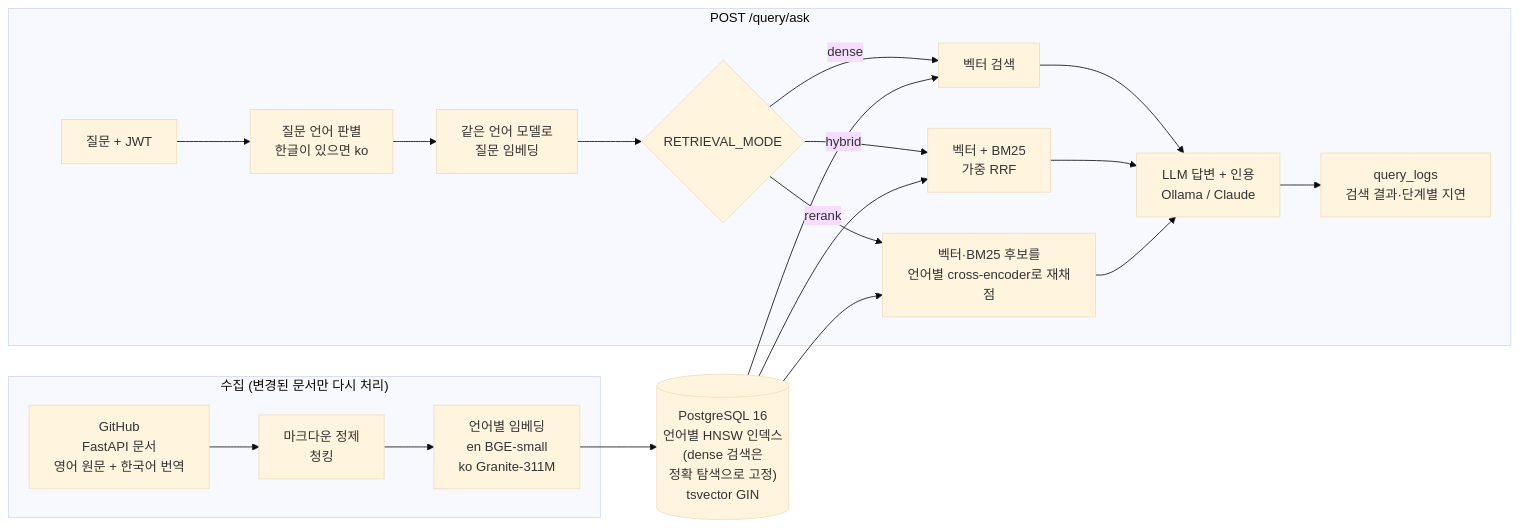
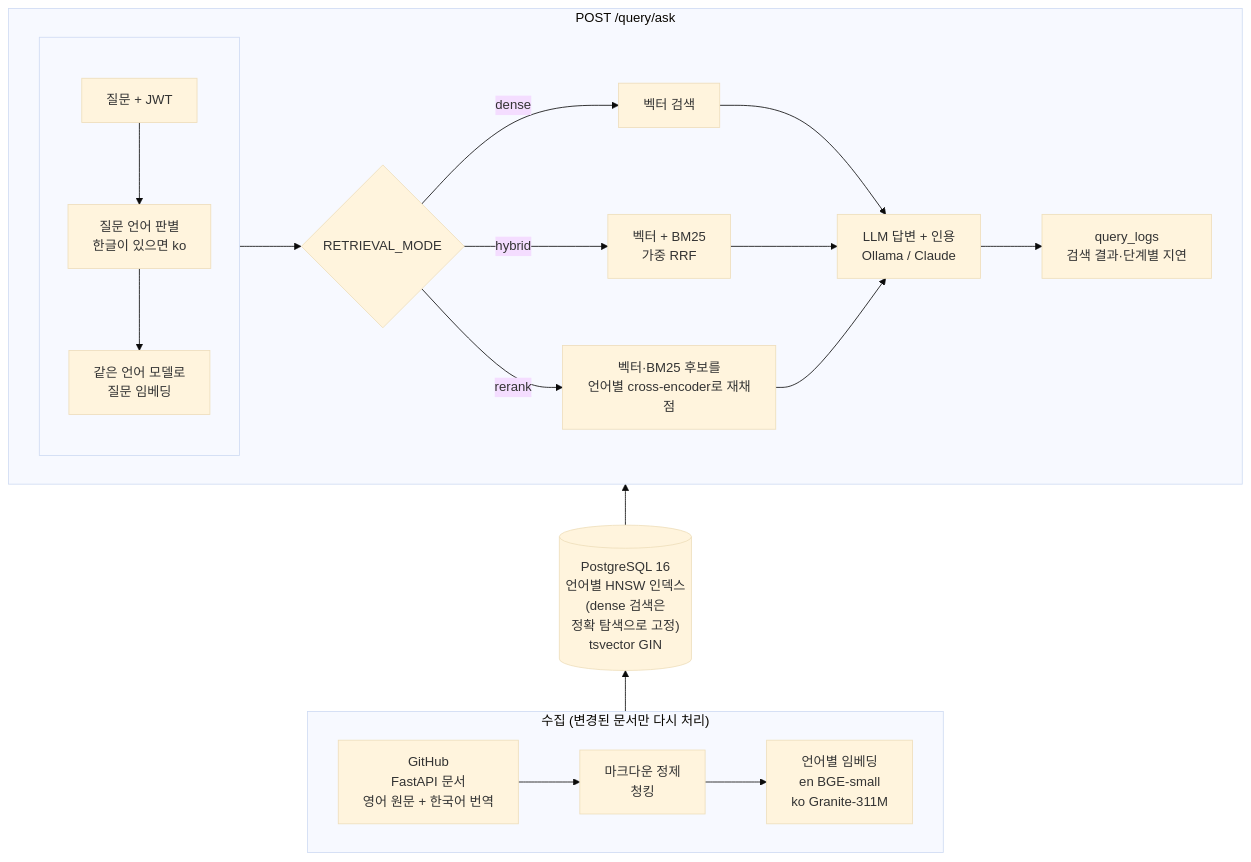
The diagram in README.md (hyeonbin123/rag-doc-qa), drawn with Mermaid (base theme) before and after one commit.

Commit message:
Lay the structure diagram out in two rows so its text is readable and the viewer buttons cover nothing
GitHub draws Mermaid diagrams in its own viewer and scales them to the
README width. The diagram was one row of eleven columns, 2384px wide, so
at 838px its text was drawn at about 5.6px, and the pan and zoom buttons
that the viewer always shows in the bottom-right corner covered the last
two boxes.

The thirteen boxes keep their text. They are arranged in two rows, the
question path above and ingestion below, and the three steps that prepare
a question are stacked in an unnamed inner box. Measured in the viewer at
838px in light and dark mode: the text is drawn at about 10.9px, no box or
group border overlaps a button, and the diagram is 718px tall instead of
188px.

Five arrows that went from one box to another now connect groups instead,
as three arrows: ingestion to the database, the database to the question
path, and the preparation steps to the mode switch. Without that the
viewer drops the row direction inside a group.

````diff
--- a/README.md
+++ b/README.md
@@ -31,20 +31,26 @@
 ```mermaid
-flowchart LR
+flowchart BT
+    %% 줄 둘로 놓는다(위: 질문 처리, 아래: 수집). 한 줄로 길게 놓으면 README 폭에서 글자가 읽을 수 없게 작아지고,
+    %% GitHub 그림 보기 도구가 오른쪽 아래에 늘 띄우는 확대·이동 버튼이 마지막 상자를 가린다.
     subgraph ingest["수집 (변경된 문서만 다시 처리)"]
+        direction LR
         GH["GitHub<br/>FastAPI 문서<br/>영어 원문 + 한국어 번역"] --> CL["마크다운 정제<br/>청킹"] --> EP["언어별 임베딩<br/>en BGE-small<br/>ko Granite-311M"]
     end
-    EP --> PG[("PostgreSQL 16<br/>언어별 HNSW 인덱스<br/>(dense 검색은<br/>정확 탐색으로 고정)<br/>tsvector GIN")]
+    ingest --> PG[("PostgreSQL 16<br/>언어별 HNSW 인덱스<br/>(dense 검색은<br/>정확 탐색으로 고정)<br/>tsvector GIN")]
     subgraph ask["POST /query/ask"]
-        Q["질문 + JWT"] --> LANG["질문 언어 판별<br/>한글이 있으면 ko"] --> EQ["같은 언어 모델로<br/>질문 임베딩"] --> MODE{"RETRIEVAL_MODE"}
+        direction LR
+        subgraph prep[" "]
+            direction TB
+            Q["질문 + JWT"] --> LANG["질문 언어 판별<br/>한글이 있으면 ko"] --> EQ["같은 언어 모델로<br/>질문 임베딩"]
+        end
+        prep --> MODE{"RETRIEVAL_MODE"}
         MODE -->|dense| D["벡터 검색"]
         MODE -->|hybrid| H["벡터 + BM25<br/>가중 RRF"]
         MODE -->|rerank| R["벡터·BM25 후보를<br/>언어별 cross-encoder로 재채점"]
         D --> GEN["LLM 답변 + 인용<br/>Ollama / Claude"]
         H --> GEN
         R --> GEN
         GEN --> LOG["query_logs<br/>검색 결과·단계별 지연"]
     end
-    PG --> D
-    PG --> H
-    PG --> R
+    PG --> ask
 ```
````
